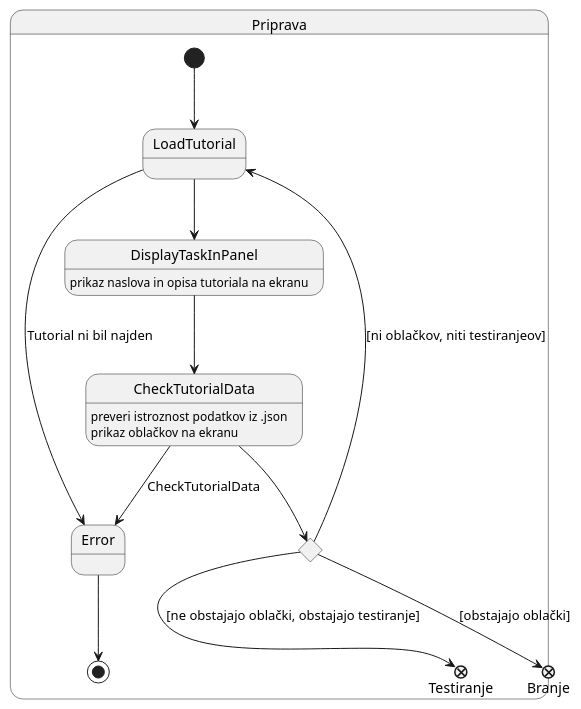
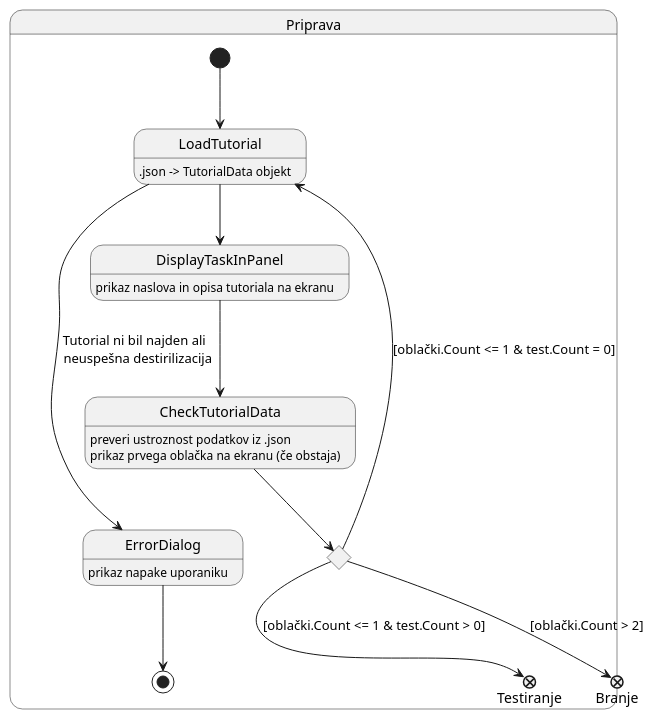
One commit to laspp/FTsim-ADS changed the diagram in Assets/odložišče/PlantUML/Priprava.puml. Above: the diagram before and after it, drawn with PlantUML. The commit also changed 22 other files, not shown here.

Commit message:
Aded all diagrams and Tutorial 6, general improvents

```diff
--- a/Assets/odložišče/PlantUML/Priprava.puml
+++ b/Assets/odložišče/PlantUML/Priprava.puml
@@ -1,27 +1,29 @@
 @startuml
 
 state Priprava {
     state LoadTutorial
     state CheckTutorialData
     state DisplayTaskInPanel
     state case <<choice>>
     state Testiranje <<exitPoint>>
     state Branje <<exitPoint>>
 
     [*] --> LoadTutorial
-    LoadTutorial --> Error : Tutorial ni bil najden
+    LoadTutorial --> ErrorDialog : Tutorial ni bil najden ali \n neuspešna destirilizacija 
+    LoadTutorial : .json -> TutorialData objekt
     LoadTutorial --> DisplayTaskInPanel
     DisplayTaskInPanel: prikaz naslova in opisa tutoriala na ekranu
     DisplayTaskInPanel --> CheckTutorialData 
-    CheckTutorialData: preveri istroznost podatkov iz .json
-    CheckTutorialData : prikaz oblačkov na ekranu
+    CheckTutorialData : preveri ustroznost podatkov iz .json
+    CheckTutorialData : prikaz prvega oblačka na ekranu (če obstaja)
     CheckTutorialData --> case
-    case --> Branje : [obstajajo oblački]
-    case --> Testiranje : [ne obstajajo oblački, obstajajo testiranje]
-    case --> LoadTutorial : [ni oblačkov, niti testiranjeov]
+    case --> Branje : [oblački.Count > 2]
+    case --> Testiranje : [oblački.Count <= 1 & test.Count > 0]
+    case --> LoadTutorial : [oblački.Count <= 1 & test.Count = 0]
 
-    CheckTutorialData --> Error : CheckTutorialData
-    Error --> [*]
+  CheckTutorialData -[hidden]-> ErrorDialog  
+  ErrorDialog --> [*]
+  ErrorDialog : prikaz napake uporaniku
 }
 
 @enduml
```
